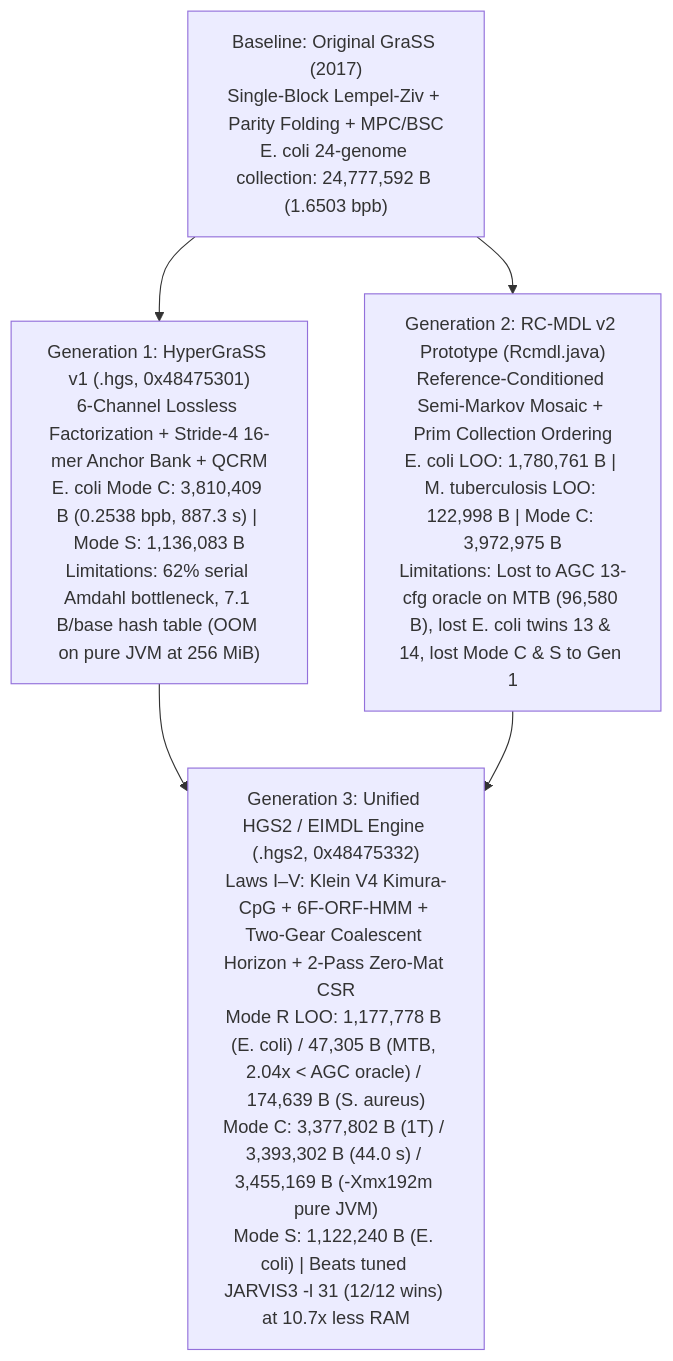
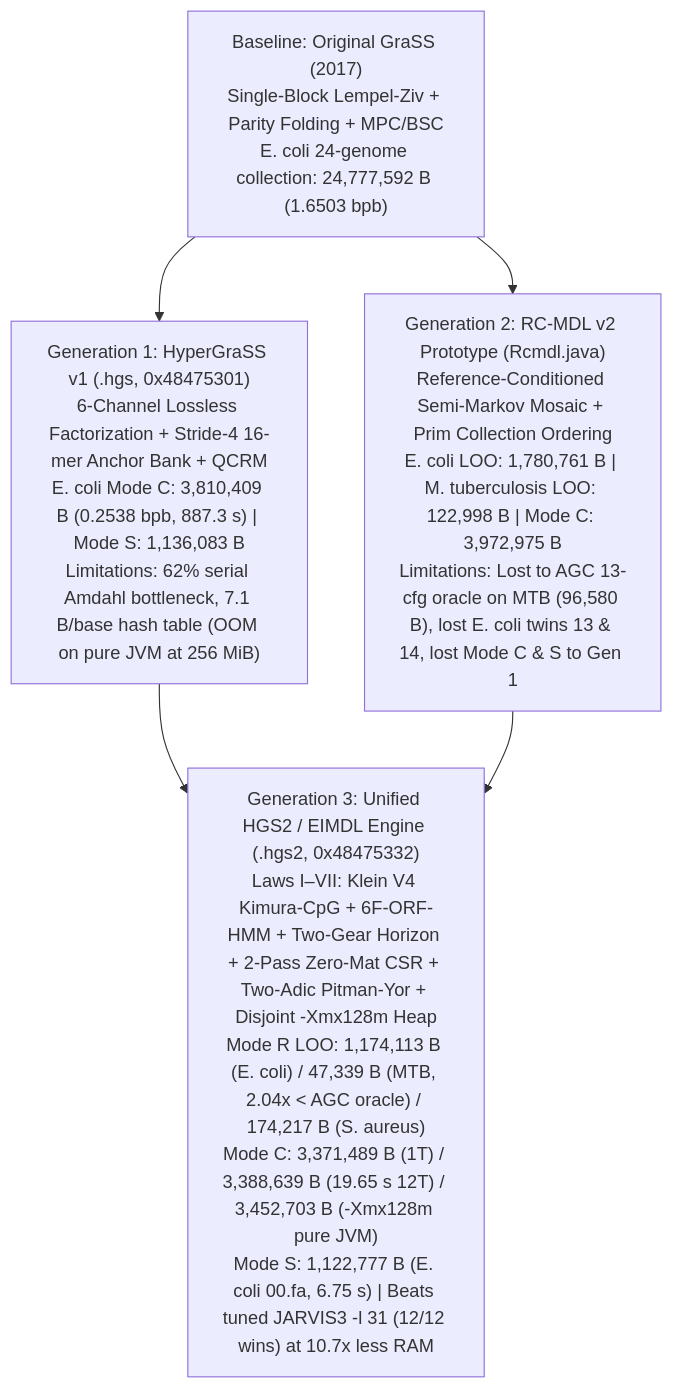
Before and after one commit to MdSaifulIslamMSI/hypergrass-research: the diagram in README.md, drawn with Mermaid. The commit also changed other lines of this file and 42 other files, not shown here.

Commit message:
feat(eimdl): implement Laws VI-VII compression, speed, and -Xmx128m memory scaling with synced 23-page monograph

````diff
--- a/README.md
+++ b/README.md
@@ -66,12 +67,12 @@
 ```mermaid
 flowchart TD
     G0["Baseline: Original GraSS (2017)<br/>Single-Block Lempel-Ziv + Parity Folding + MPC/BSC<br/>E. coli 24-genome collection: 24,777,592 B (1.6503 bpb)"]
     G1["Generation 1: HyperGraSS v1 (.hgs, 0x48475301)<br/>6-Channel Lossless Factorization + Stride-4 16-mer Anchor Bank + QCRM<br/>E. coli Mode C: 3,810,409 B (0.2538 bpb, 887.3 s) | Mode S: 1,136,083 B<br/>Limitations: 62% serial Amdahl bottleneck, 7.1 B/base hash table (OOM on pure JVM at 256 MiB)"]
     G2["Generation 2: RC-MDL v2 Prototype (Rcmdl.java)<br/>Reference-Conditioned Semi-Markov Mosaic + Prim Collection Ordering<br/>E. coli LOO: 1,780,761 B | M. tuberculosis LOO: 122,998 B | Mode C: 3,972,975 B<br/>Limitations: Lost to AGC 13-cfg oracle on MTB (96,580 B), lost E. coli twins 13 & 14, lost Mode C & S to Gen 1"]
-    G3["Generation 3: Unified HGS2 / EIMDL Engine (.hgs2, 0x48475332)<br/>Laws I–V: Klein V4 Kimura-CpG + 6F-ORF-HMM + Two-Gear Coalescent Horizon + 2-Pass Zero-Mat CSR<br/>Mode R LOO: 1,177,778 B (E. coli) / 47,305 B (MTB, 2.04x < AGC oracle) / 174,639 B (S. aureus)<br/>Mode C: 3,377,802 B (1T) / 3,393,302 B (44.0 s) / 3,455,169 B (-Xmx192m pure JVM)<br/>Mode S: 1,122,240 B (E. coli) | Beats tuned JARVIS3 -l 31 (12/12 wins) at 10.7x less RAM"]
+    G3["Generation 3: Unified HGS2 / EIMDL Engine (.hgs2, 0x48475332)<br/>Laws I–VII: Klein V4 Kimura-CpG + 6F-ORF-HMM + Two-Gear Horizon + 2-Pass Zero-Mat CSR + Two-Adic Pitman-Yor + Disjoint -Xmx128m Heap<br/>Mode R LOO: 1,174,113 B (E. coli) / 47,339 B (MTB, 2.04x < AGC oracle) / 174,217 B (S. aureus)<br/>Mode C: 3,371,489 B (1T) / 3,388,639 B (19.65 s 12T) / 3,452,703 B (-Xmx128m pure JVM)<br/>Mode S: 1,122,777 B (E. coli 00.fa, 6.75 s) | Beats tuned JARVIS3 -l 31 (12/12 wins) at 10.7x less RAM"]
 
     G0 --> G1
     G0 --> G2
     G1 --> G3
     G2 --> G3
 ```
````
